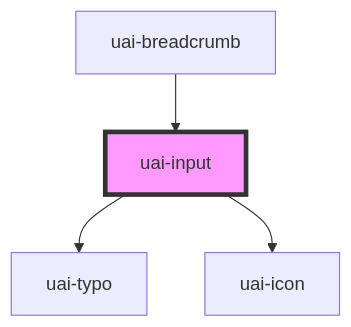
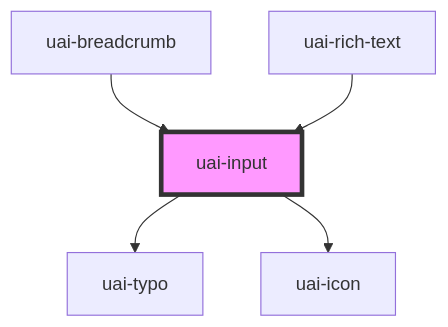
Before and after one commit to takenet/blip-ds: the diagram in src/components/uai-input/readme.md, drawn with Mermaid. The commit also changed other lines of this file and 27 other files, not shown here.

First line of the commit message:
feat(uai-rich-text): add UAI rich text field for HTML content

````diff
--- a/src/components/uai-input/readme.md
+++ b/src/components/uai-input/readme.md
@@ -169,7 +170,8 @@
 ```mermaid
 graph TD;
   uai-input --> uai-typo
   uai-input --> uai-icon
   uai-breadcrumb --> uai-input
+  uai-rich-text --> uai-input
   style uai-input fill:#f9f,stroke:#333,stroke-width:4px
 ```
````
